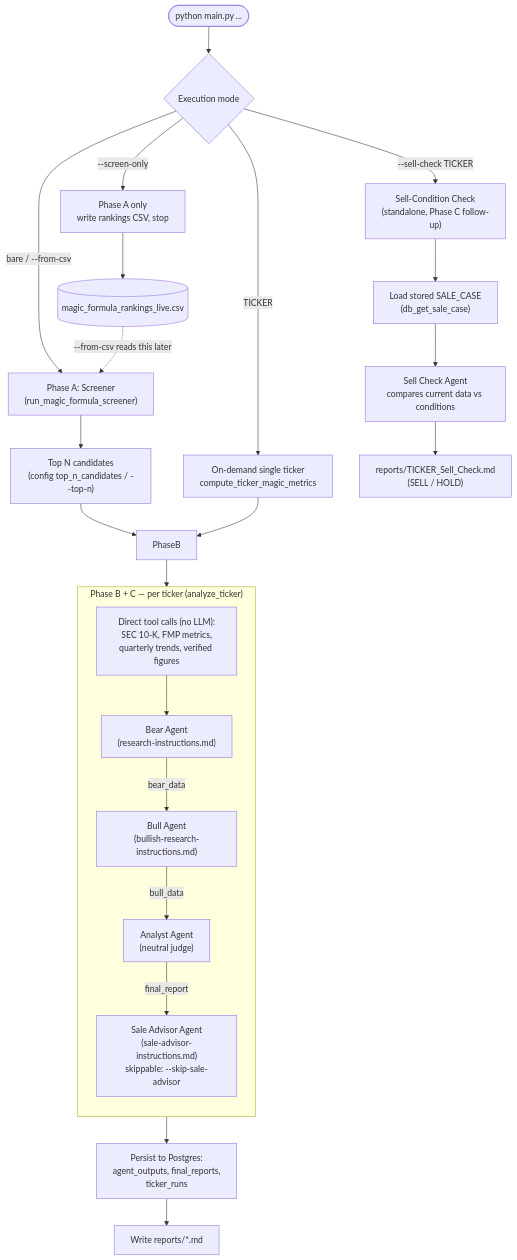
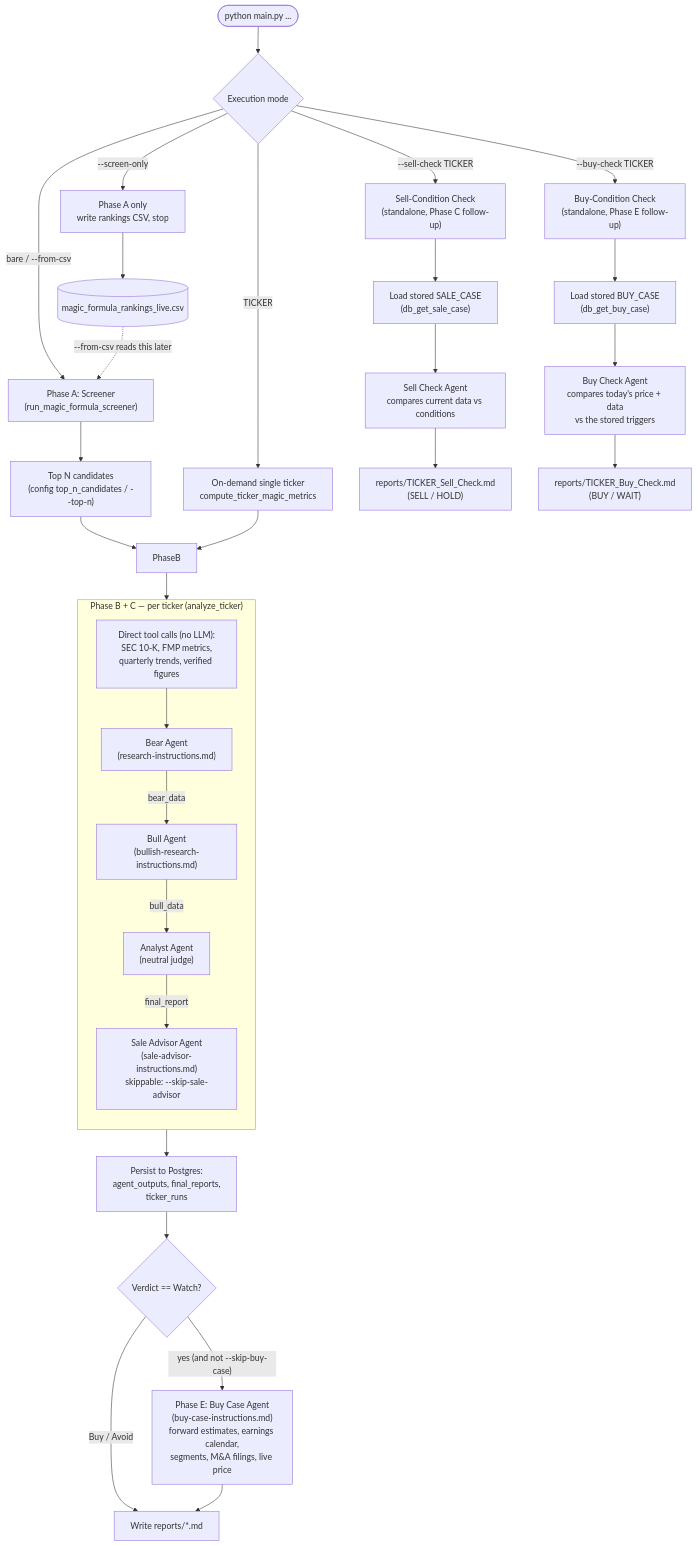
One commit to sun4github/magic-stock-picker changed the first of 6 diagrams in src/specs/agent_architecture.md. Above: the diagram before and after it, drawn with Mermaid. The commit also changed other lines of this file and 29 other files, not shown here.

Commit message:
buy-case added. live price added. updated critic-review to not flag live data discrepancy

````diff
--- a/src/specs/agent_architecture.md
+++ b/src/specs/agent_architecture.md
@@ -27,33 +38,41 @@
 ```mermaid
 flowchart TD
     Start(["python main.py ..."]) --> Mode{"Execution mode"}
 
     Mode -->|"bare / --from-csv"| PhaseA["Phase A: Screener\n(run_magic_formula_screener)"]
     Mode -->|"--screen-only"| ScreenOnly["Phase A only\nwrite rankings CSV, stop"]
     Mode -->|"TICKER"| OnDemand["On-demand single ticker\ncompute_ticker_magic_metrics"]
     Mode -->|"--sell-check TICKER"| SellCheck["Sell-Condition Check\n(standalone, Phase C follow-up)"]
+    Mode -->|"--buy-check TICKER"| BuyCheck["Buy-Condition Check\n(standalone, Phase E follow-up)"]
 
     PhaseA --> TopN["Top N candidates\n(config top_n_candidates / --top-n)"]
     TopN --> PhaseB
     OnDemand --> PhaseB
 
     subgraph PerTicker["Phase B + C — per ticker (analyze_ticker)"]
         direction TB
         Gather["Direct tool calls (no LLM):\nSEC 10-K, FMP metrics,\nquarterly trends, verified figures"]
         Gather --> Bear["Bear Agent\n(research-instructions.md)"]
         Bear -->|bear_data| Bull["Bull Agent\n(bullish-research-instructions.md)"]
         Bull -->|bull_data| Analyst["Analyst Agent\n(neutral judge)"]
         Analyst -->|final_report| SaleAdvisor["Sale Advisor Agent\n(sale-advisor-instructions.md)\nskippable: --skip-sale-advisor"]
     end
 
     PhaseB --> PerTicker
     PerTicker --> Persist["Persist to Postgres:\nagent_outputs, final_reports,\nticker_runs"]
-    Persist --> Reports["Write reports/*.md"]
+    Persist --> VerdictGate{"Verdict == Watch?"}
+    VerdictGate -->|"yes (and not --skip-buy-case)"| BuyCase["Phase E: Buy Case Agent\n(buy-case-instructions.md)\nforward estimates, earnings calendar,\nsegments, M&A filings, live price"]
+    VerdictGate -->|"Buy / Avoid"| Reports
+    BuyCase --> Reports["Write reports/*.md"]
 
     SellCheck --> LoadCase["Load stored SALE_CASE\n(db_get_sale_case)"]
     LoadCase --> Evaluate["Sell Check Agent\ncompares current data vs conditions"]
     Evaluate --> SellReport["reports/TICKER_Sell_Check.md\n(SELL / HOLD)"]
 
+    BuyCheck --> LoadBuy["Load stored BUY_CASE\n(db_get_buy_case)"]
+    LoadBuy --> EvaluateBuy["Buy Check Agent\ncompares today's price + data\nvs the stored triggers"]
+    EvaluateBuy --> BuyReport["reports/TICKER_Buy_Check.md\n(BUY / WAIT)"]
+
     ScreenOnly --> CSVFile[("magic_formula_rankings_live.csv")]
     CSVFile -.->|"--from-csv reads this later"| PhaseA
 ```
````
